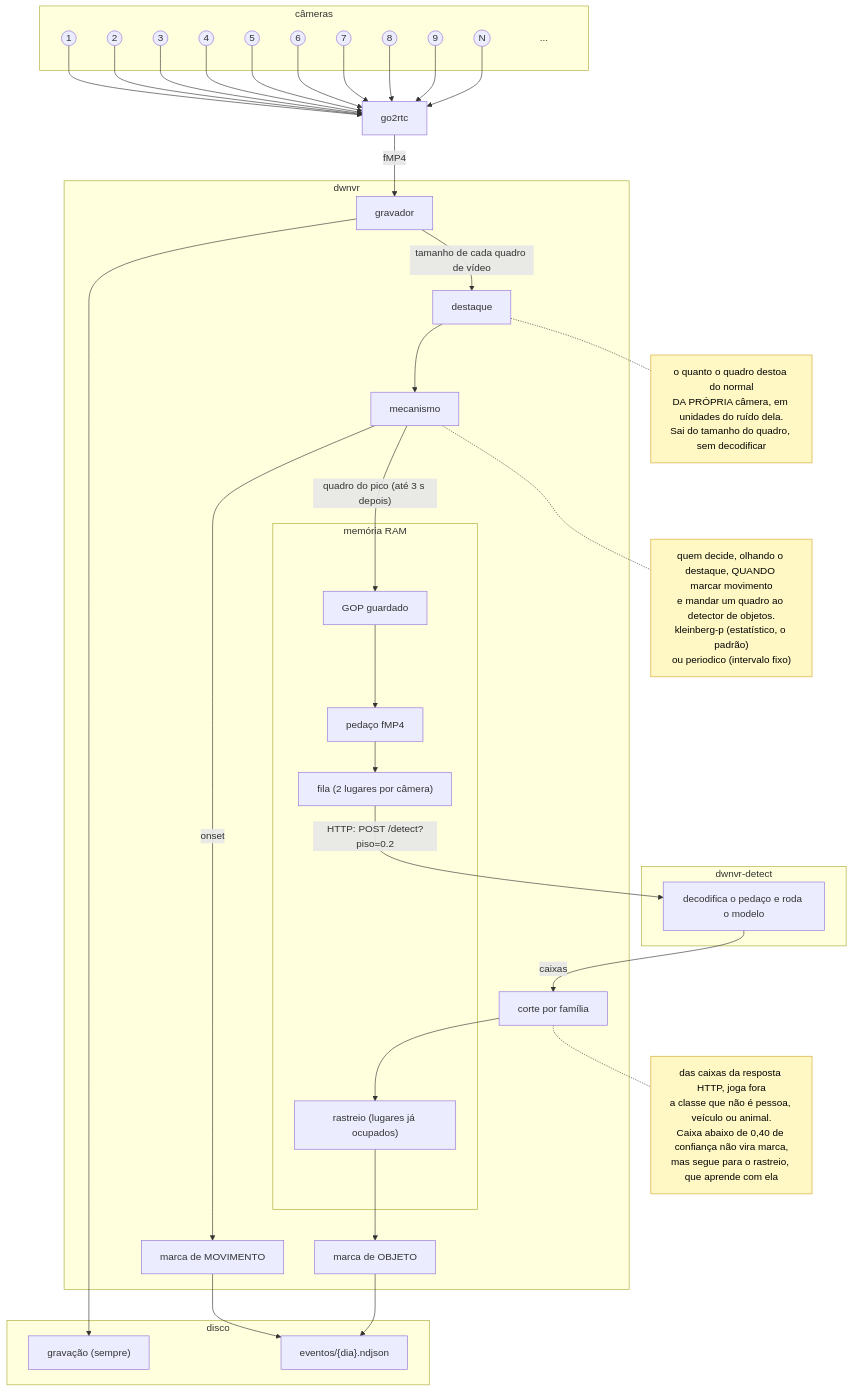
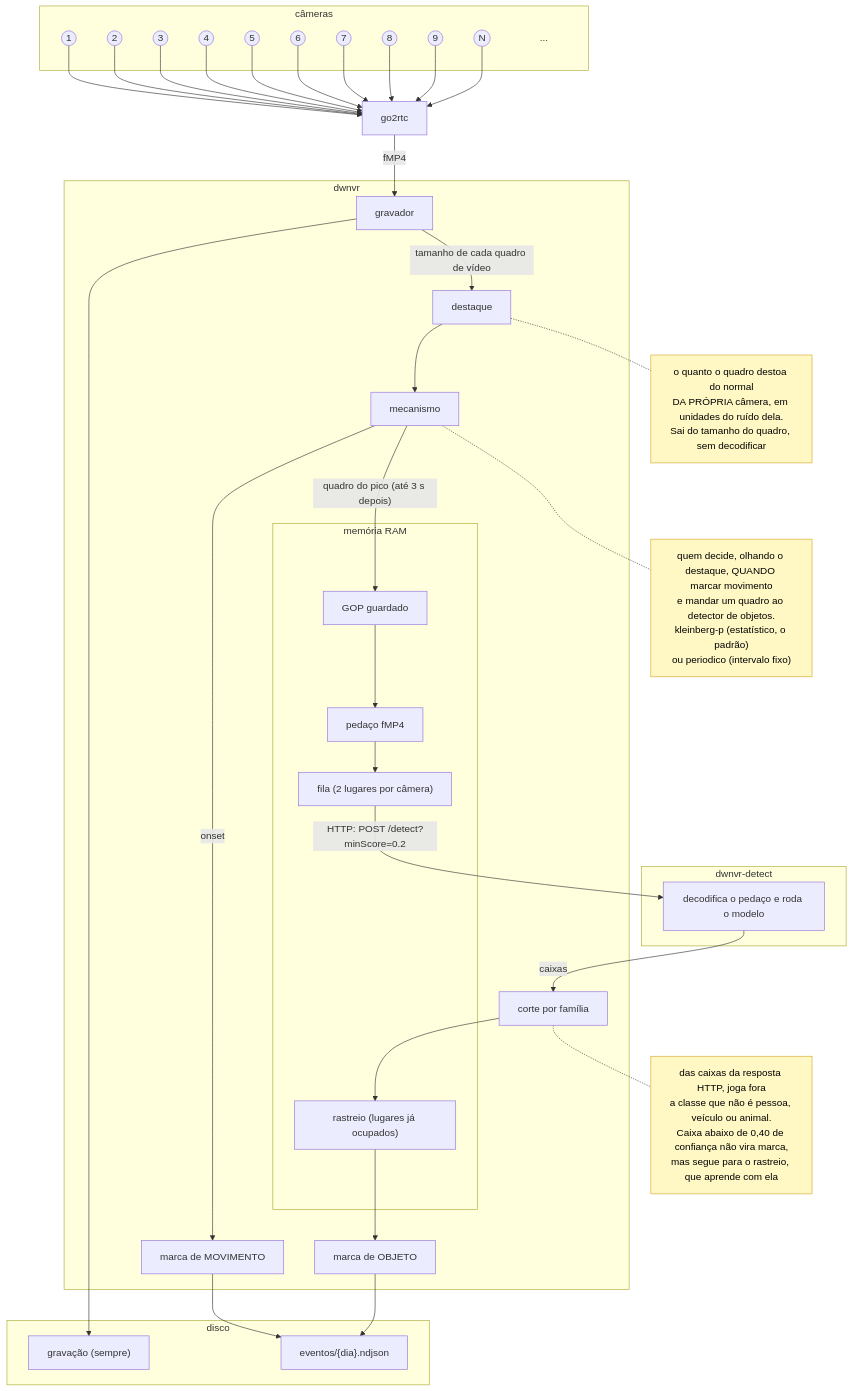
One commit to mhagnumdw/dwnvr changed the diagram in docs/deteccao.md. Above: the diagram before and after it, drawn with Mermaid. The commit also changed other lines of this file and 45 other files, not shown here.

````diff
--- a/docs/deteccao.md
+++ b/docs/deteccao.md
@@ -71,67 +71,67 @@
 ```mermaid
 flowchart TD
     subgraph cameras["câmeras"]
         cam1((1))
         cam2((2))
         cam3((3))
         cam4((4))
         cam5((5))
         cam6((6))
         cam7((7))
         cam8((8))
         cam9((9))
         camMais["..."]:::reticencias
         camN((N))
     end
     cam1 & cam2 & cam3 & cam4 & cam5 & cam6 & cam7 & cam8 & cam9 & camN --> go2rtc
     camMais ~~~ go2rtc
     classDef reticencias fill:none,stroke:none
     go2rtc -->|fMP4| gravador
 
     subgraph dwnvr
         gravador
         destaque
         mecanismo
         movimento["marca de MOVIMENTO"]
         corte["corte por família"]
         objeto["marca de OBJETO"]
 
         subgraph ram["memória RAM"]
             gop["GOP guardado"]
             pedaco["pedaço fMP4"]
             fila["fila (2 lugares por câmera)"]
             rastreio["rastreio (lugares já ocupados)"]
         end
     end
 
     subgraph sidecar["dwnvr-detect"]
         modelo["decodifica o pedaço e roda o modelo"]
     end
 
     subgraph disco
         gravacao["gravação (sempre)"]
         eventos["eventos/{dia}.ndjson"]
     end
 
     gravador --> gravacao
     gravador -->|tamanho de cada quadro de vídeo| destaque
     destaque --> mecanismo
     mecanismo -->|onset| movimento
     mecanismo -->|"quadro do pico (até 3 s depois)"| gop
     gop --> pedaco
     pedaco --> fila
-    fila -->|"HTTP: POST /detect?piso=0.2"| modelo
+    fila -->|"HTTP: POST /detect?minScore=0.2"| modelo
     modelo -->|caixas| corte
     corte --> rastreio
     rastreio --> objeto
     movimento --> eventos
     objeto --> eventos
 
     notaDestaque["o quanto o quadro destoa do normal<br>DA PRÓPRIA câmera, em unidades do ruído dela.<br>Sai do tamanho do quadro, sem decodificar"]:::nota
     destaque -.- notaDestaque
     notaMecanismo["quem decide, olhando o destaque, QUANDO marcar movimento<br>e mandar um quadro ao detector de objetos.<br>kleinberg-p (estatístico, o padrão)<br>ou periodico (intervalo fixo)"]:::nota
     mecanismo -.- notaMecanismo
     notaCorte["das caixas da resposta HTTP, joga fora<br>a classe que não é pessoa, veículo ou animal.<br>Caixa abaixo de 0,40 de confiança não vira marca,<br>mas segue para o rastreio, que aprende com ela"]:::nota
     corte -.- notaCorte
     classDef nota fill:#fff8c5,stroke:#d4a72c,color:#000
 ```
````
